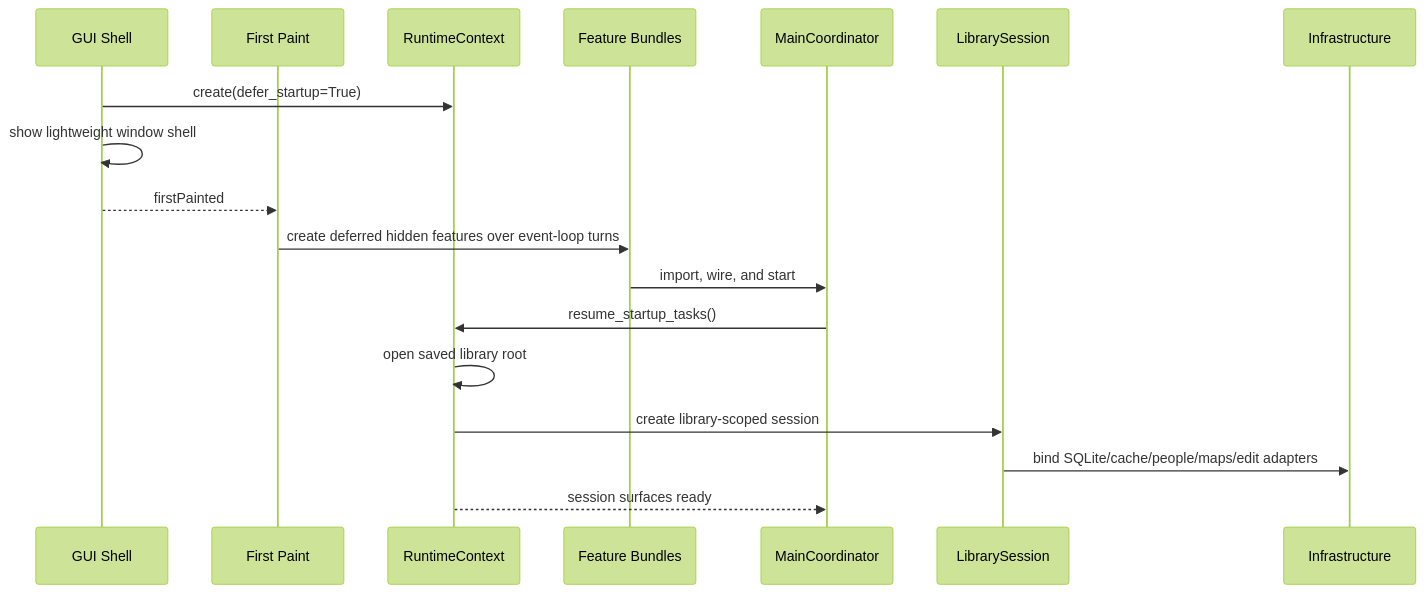
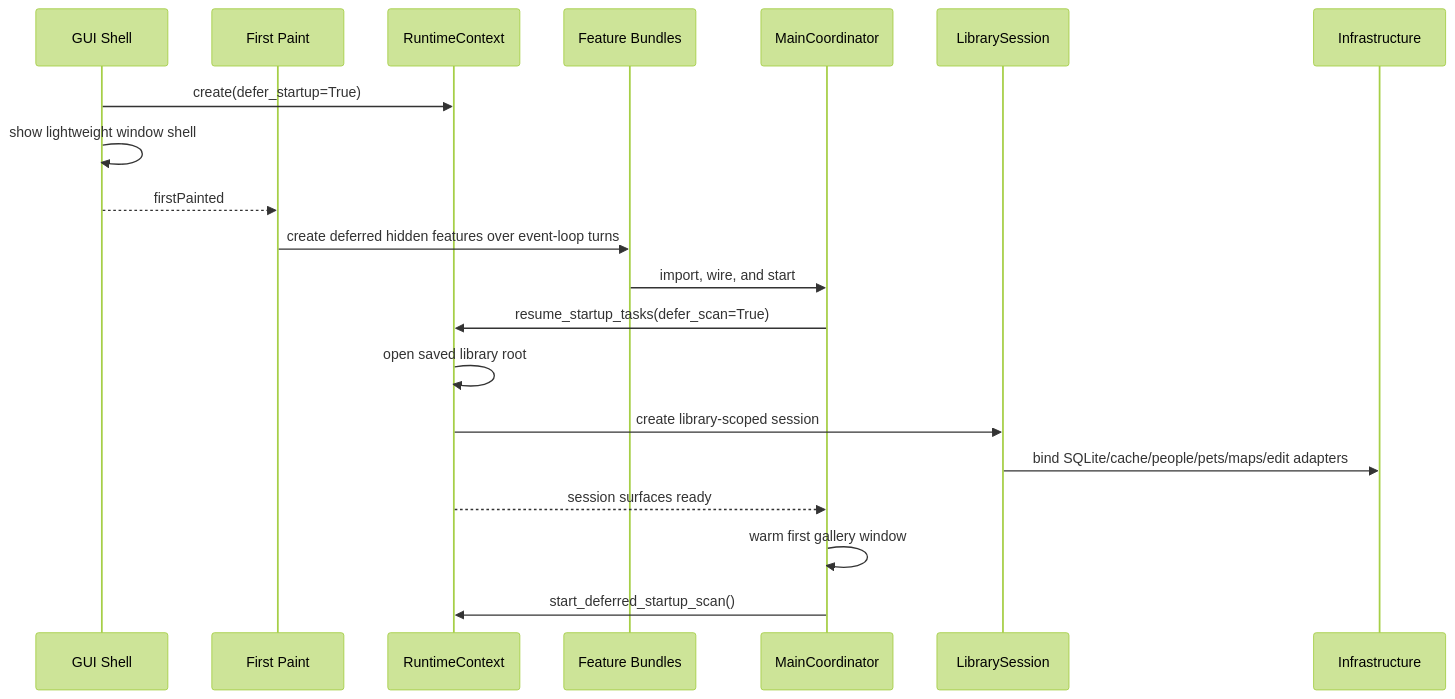
Before and after one commit to OliverZhaohaibin/iPhotron-LocalPhotoAlbumManager: the second of 6 diagrams in docs/architecture.md, drawn with Mermaid (forest theme). The commit also changed other lines of this file and 21 other files, not shown here.

Commit message:
fix pets runtime persistence and documentation

````diff
--- a/docs/architecture.md
+++ b/docs/architecture.md
@@ -363,21 +379,23 @@
 ```mermaid
 sequenceDiagram
     participant UI as GUI Shell
     participant Paint as First Paint
     participant Runtime as RuntimeContext
     participant Feature as Feature Bundles
     participant Coordinator as MainCoordinator
     participant Session as LibrarySession
     participant Infra as Infrastructure
 
     UI->>Runtime: create(defer_startup=True)
     UI->>UI: show lightweight window shell
     UI-->>Paint: firstPainted
     Paint->>Feature: create deferred hidden features over event-loop turns
     Feature->>Coordinator: import, wire, and start
-    Coordinator->>Runtime: resume_startup_tasks()
+    Coordinator->>Runtime: resume_startup_tasks(defer_scan=True)
     Runtime->>Runtime: open saved library root
     Runtime->>Session: create library-scoped session
-    Session->>Infra: bind SQLite/cache/people/maps/edit adapters
+    Session->>Infra: bind SQLite/cache/people/pets/maps/edit adapters
     Runtime-->>Coordinator: session surfaces ready
+    Coordinator->>Coordinator: warm first gallery window
+    Coordinator->>Runtime: start_deferred_startup_scan()
 ```
````
